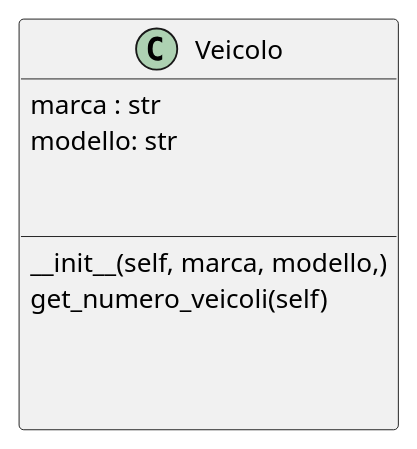
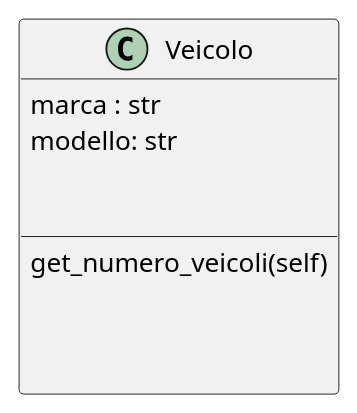
Before and after one commit to AlessandroSanchi/4mAAAA: the diagram in pumlpuml/3.puml, drawn with PlantUML. The commit also changed 5 other files, not shown here.

```diff
--- a/pumlpuml/3.puml
+++ b/pumlpuml/3.puml
@@ -1,17 +1,16 @@
 @startuml d
 
 class Veicolo {
     marca : str
     modello: str
 
 
     __
-    __init__(self, marca, modello,)
     get_numero_veicoli(self)
 
 
 
 }
 
 
 @enduml
```
